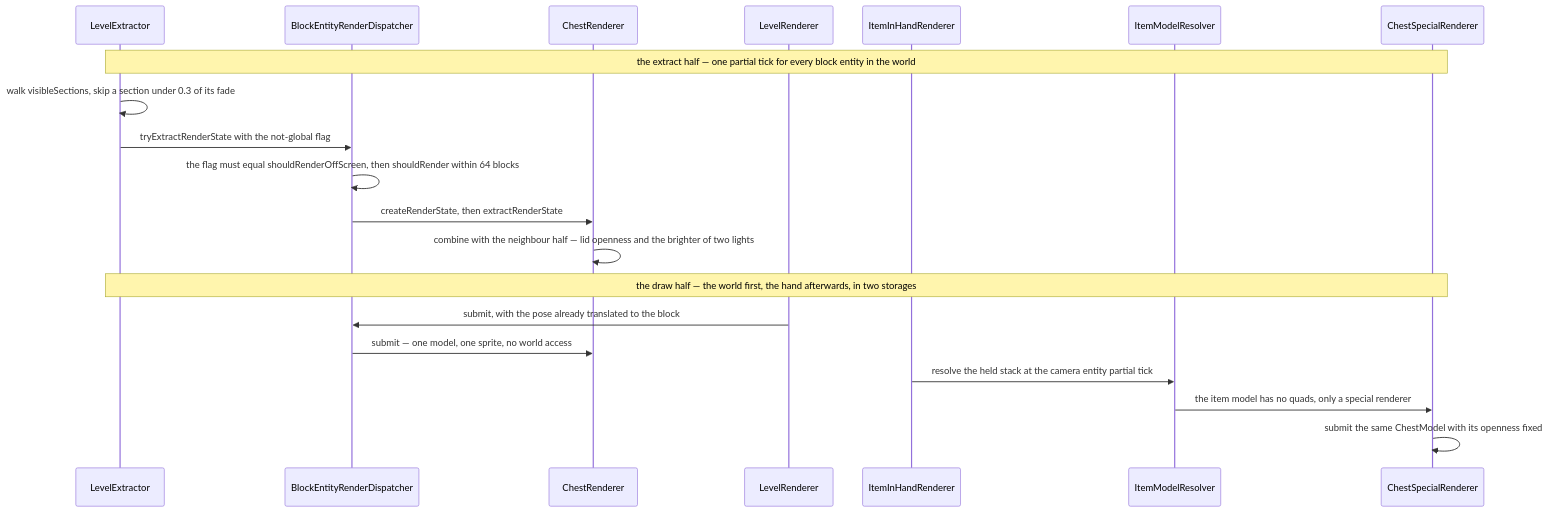
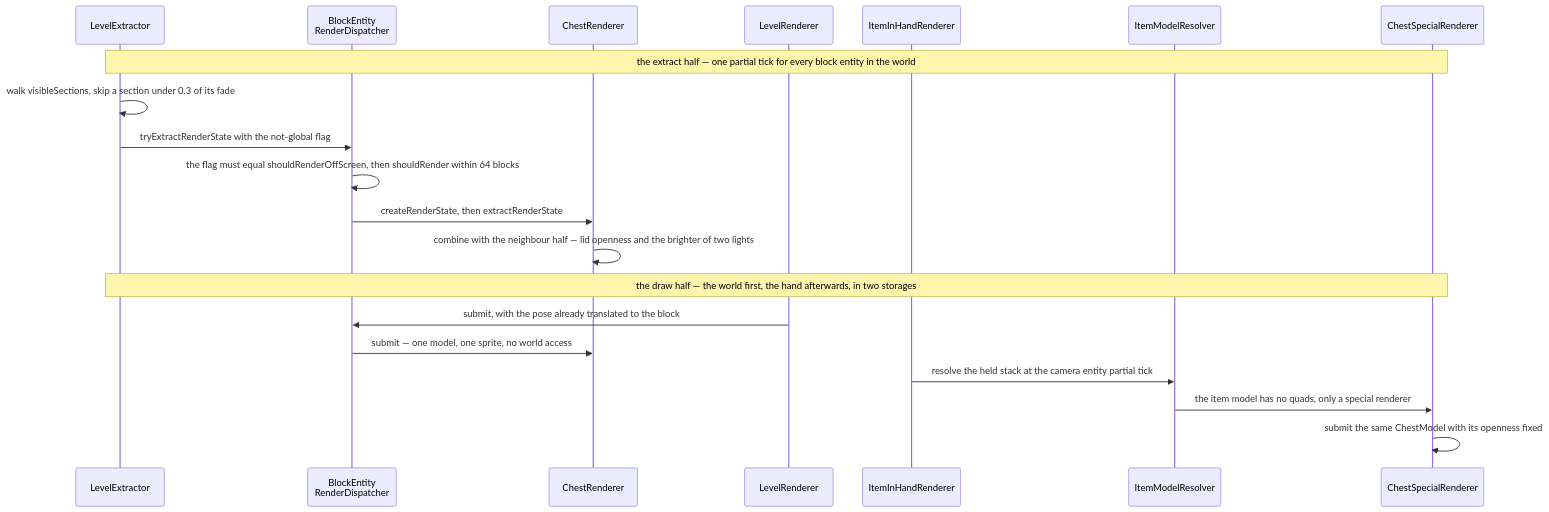
One commit to AlexanderjFraser/MinecraftDocs changed the second of 2 diagrams in src/systems/rendering/block-entity-rendering.md. Above: the diagram before and after it, drawn with Mermaid. The commit also changed 68 other files, not shown here.

````diff
--- a/src/systems/rendering/block-entity-rendering.md
+++ b/src/systems/rendering/block-entity-rendering.md
@@ -83,23 +83,23 @@
 ```mermaid
 sequenceDiagram
     participant LX as LevelExtractor
-    participant BERD as BlockEntityRenderDispatcher
+    participant BERD as BlockEntity<br/>RenderDispatcher
     participant ChestR as ChestRenderer
     participant LR as LevelRenderer
     participant IIHR as ItemInHandRenderer
     participant IMR as ItemModelResolver
     participant CSR as ChestSpecialRenderer
 
     Note over LX,CSR: the extract half — one partial tick for every block entity in the world
     LX->>LX: walk visibleSections, skip a section under 0.3 of its fade
     LX->>BERD: tryExtractRenderState with the not-global flag
     BERD->>BERD: the flag must equal shouldRenderOffScreen, then shouldRender within 64 blocks
     BERD->>ChestR: createRenderState, then extractRenderState
     ChestR->>ChestR: combine with the neighbour half — lid openness and the brighter of two lights
     Note over LX,CSR: the draw half — the world first, the hand afterwards, in two storages
     LR->>BERD: submit, with the pose already translated to the block
     BERD->>ChestR: submit — one model, one sprite, no world access
     IIHR->>IMR: resolve the held stack at the camera entity partial tick
     IMR->>CSR: the item model has no quads, only a special renderer
     CSR->>CSR: submit the same ChestModel with its openness fixed
 ```
````
